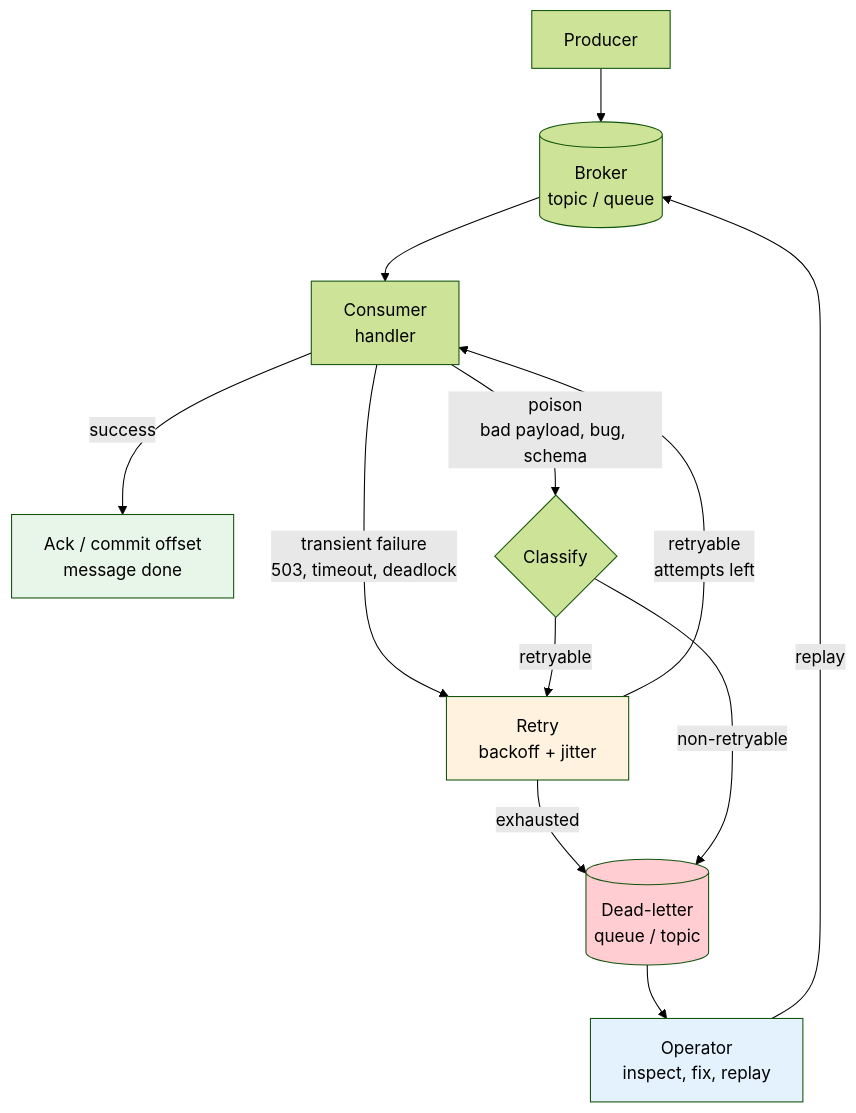
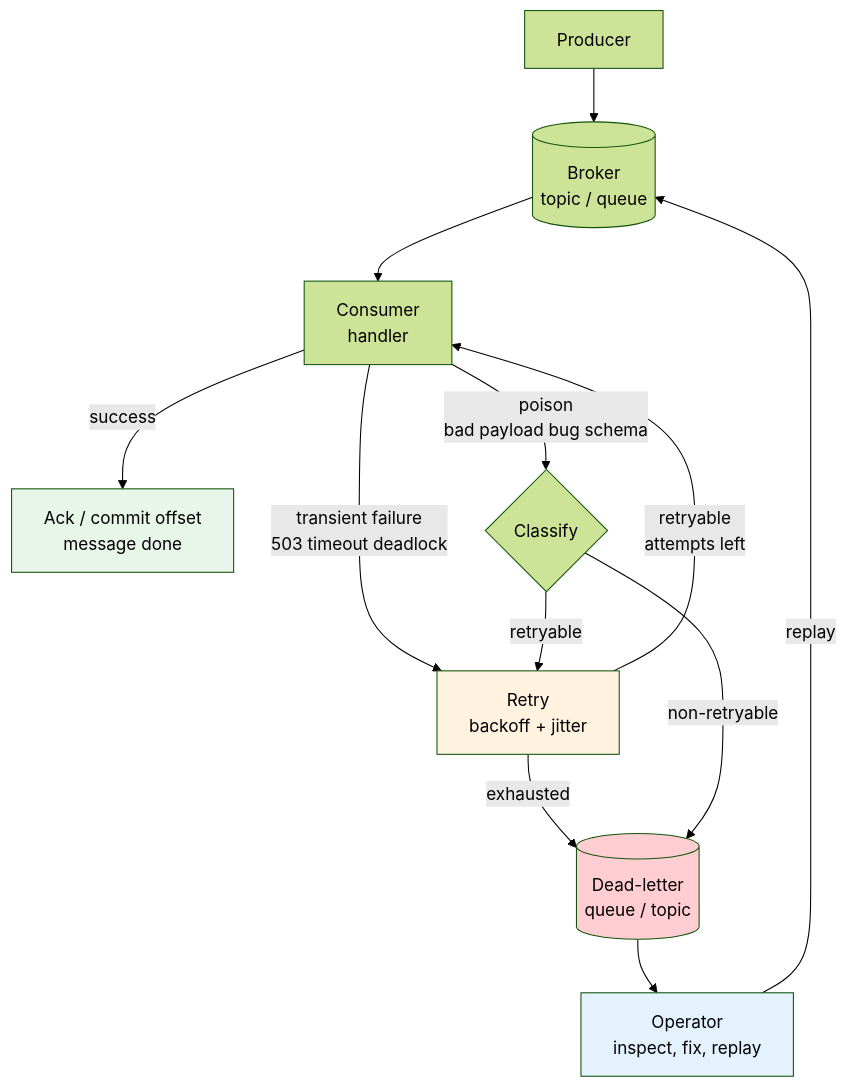
Before and after one commit to bumbsclaw/textbooks: the first of 6 diagrams in vol-10-messaging-streaming/ch08-dead-letters.md, drawn with Mermaid (forest theme). The commit also changed other lines of this file and 173 other files, not shown here.

First line of the commit message:
fix(mermaid): close note brackets, semicolons in Notes, stateDiagram br -> dash, edge parens

````diff
--- a/vol-10-messaging-streaming/ch08-dead-letters.md
+++ b/vol-10-messaging-streaming/ch08-dead-letters.md
@@ -23,19 +23,19 @@
 ```mermaid
 flowchart TB
     P[Producer] --> B[(Broker<br/>topic / queue)]
     B --> C[Consumer<br/>handler]
     C -->|success| Ack[Ack / commit offset<br/>message done]
-    C -->|transient failure<br/>503, timeout, deadlock| R[Retry<br/>backoff + jitter]
-    C -->|poison<br/>bad payload, bug, schema| D{Classify}
-    R -->|retryable<br/>attempts left| C
+    C -->|transient failure<br >503 timeout deadlock| R[Retry<br/>backoff + jitter]
+    C -->|poison<br >bad payload bug schema| D{Classify}
+    R -->|retryable<br >attempts left| C
     R -->|exhausted| DLQ[(Dead-letter<br/>queue / topic)]
     D -->|retryable| R
     D -->|non-retryable| DLQ
     DLQ --> Op[Operator<br/>inspect, fix, replay]
     Op -->|replay| B
 
     style R fill:#fff3e0
     style DLQ fill:#ffcdd2
     style Op fill:#e3f2fd
     style Ack fill:#e8f5e9
 ```
````
